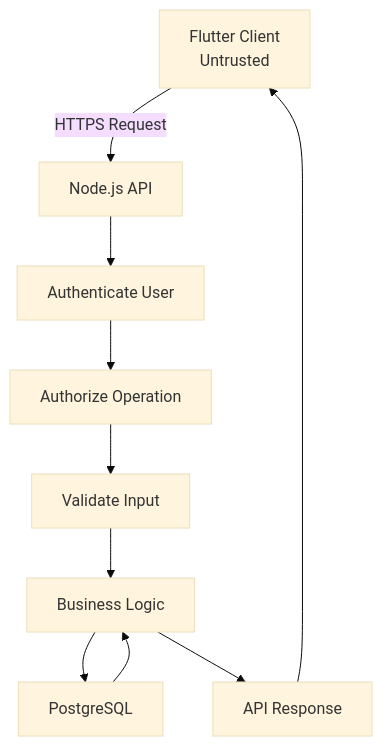
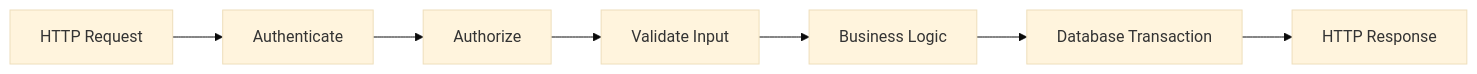
The fourth of 8 diagrams in docs/architecture/system-requirements.md (rajparihar281/SplitLedger), drawn with Mermaid (base theme) before and after one commit. The commit also changed other lines of this file, not shown here.

````diff
--- a/docs/architecture/system-requirements.md
+++ b/docs/architecture/system-requirements.md
@@ -580,16 +881,18 @@
 ```mermaid
-flowchart TD
-    F["Flutter Client<br/>Untrusted"] -->|"HTTPS Request"| N["Node.js API"]
+flowchart LR
 
-    N --> AUTH["Authenticate User"]
-    AUTH --> AUTHZ["Authorize Operation"]
-    AUTHZ --> VALIDATE["Validate Input"]
-    VALIDATE --> BUSINESS["Business Logic"]
+    REQUEST["HTTP Request"]
+    AUTH["Authenticate"]
+    AUTHZ["Authorize"]
+    VALIDATE["Validate Input"]
+    BUSINESS["Business Logic"]
+    TX["Database Transaction"]
+    RESPONSE["HTTP Response"]
 
-    BUSINESS --> DB["PostgreSQL"]
-
-    DB --> BUSINESS
-    BUSINESS --> RESPONSE["API Response"]
-
-    RESPONSE --> F
+    REQUEST --> AUTH
+    AUTH --> AUTHZ
+    AUTHZ --> VALIDATE
+    VALIDATE --> BUSINESS
+    BUSINESS --> TX
+    TX --> RESPONSE
 ```
````
